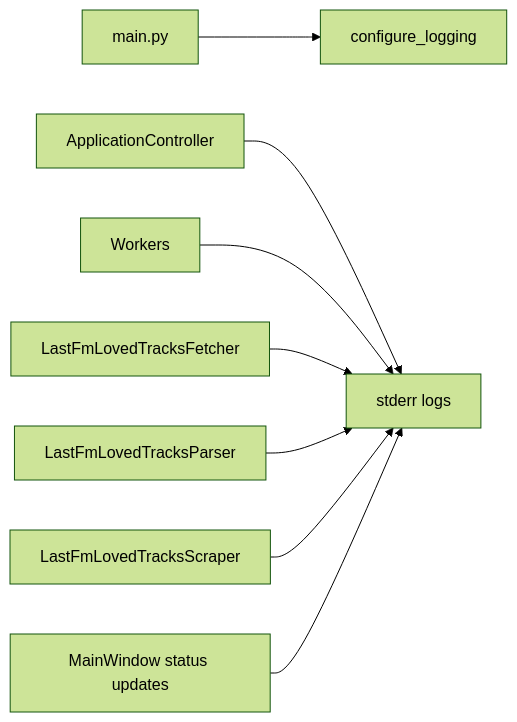
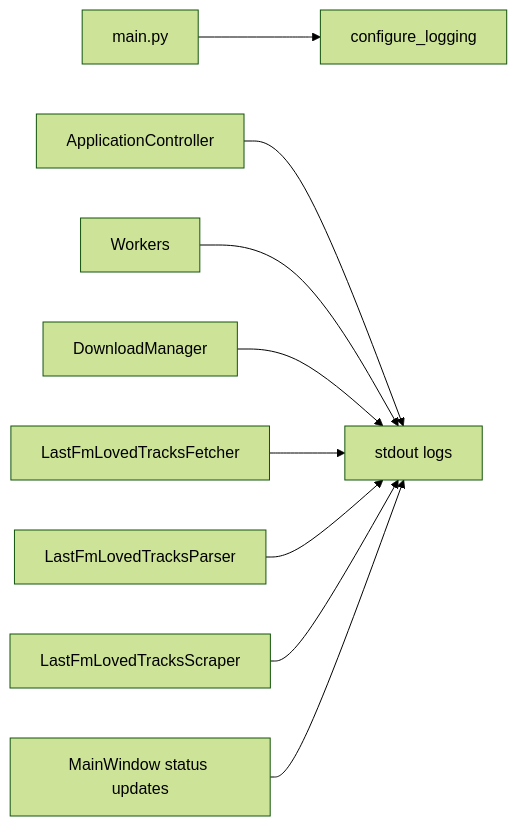
The eighth of 8 diagrams in documents/03_ARCHITECTURE.md (marcelpetrick/myLastFmPlayer), drawn with Mermaid (forest theme) before and after one commit. The commit also changed other lines of this file and 12 other files, not shown here.

First line of the commit message:
feat: add download queue manager

````diff
--- a/documents/03_ARCHITECTURE.md
+++ b/documents/03_ARCHITECTURE.md
@@ -244,10 +285,11 @@
 ```mermaid
 flowchart LR
     Main[main.py] --> Logging[configure_logging]
-    Controller[ApplicationController] --> Logs[stderr logs]
+    Controller[ApplicationController] --> Logs[stdout logs]
     Worker[Workers] --> Logs
+    Download[DownloadManager] --> Logs
     Fetcher[LastFmLovedTracksFetcher] --> Logs
     Parser[LastFmLovedTracksParser] --> Logs
     Scraper[LastFmLovedTracksScraper] --> Logs
     UI[MainWindow status updates] --> Logs
 ```
````
